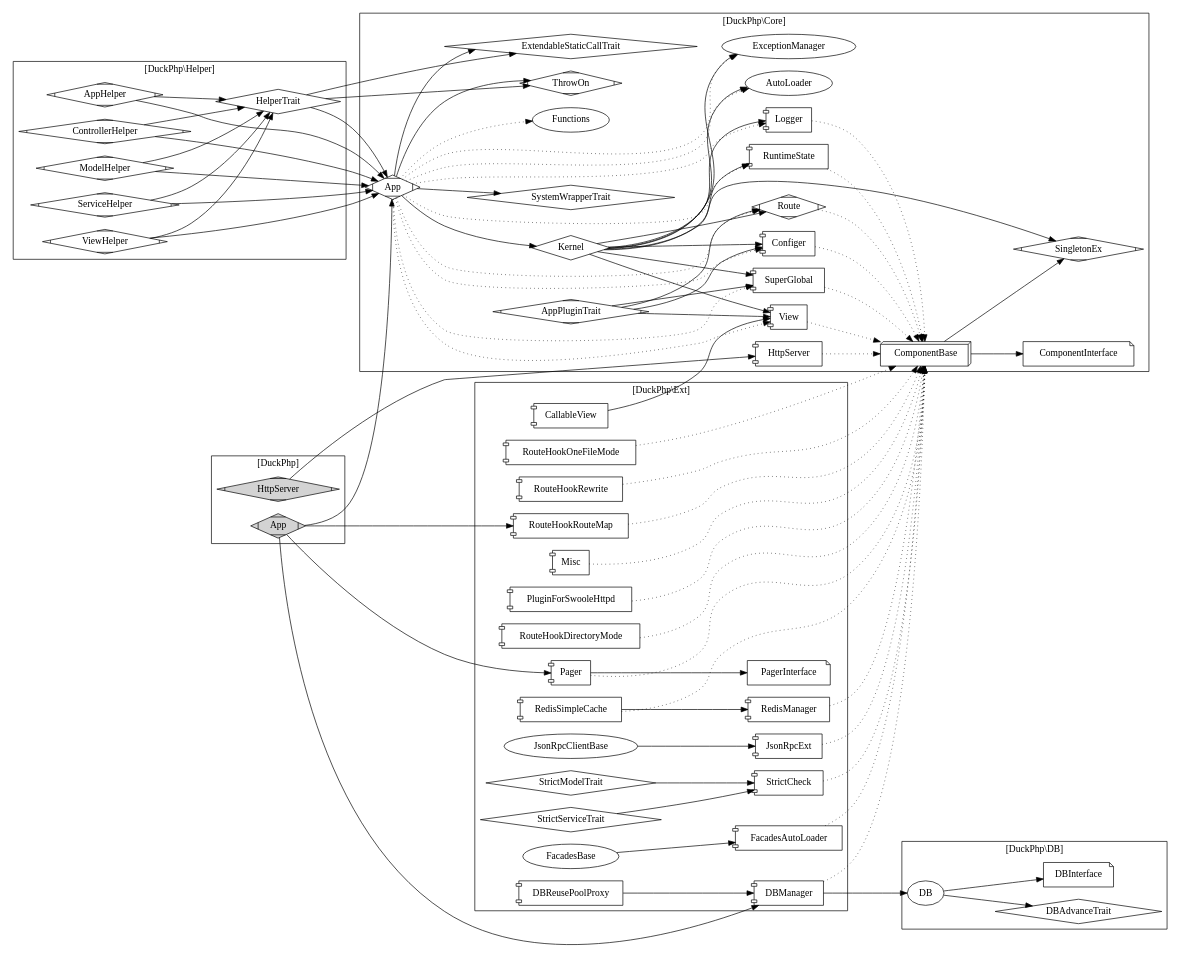
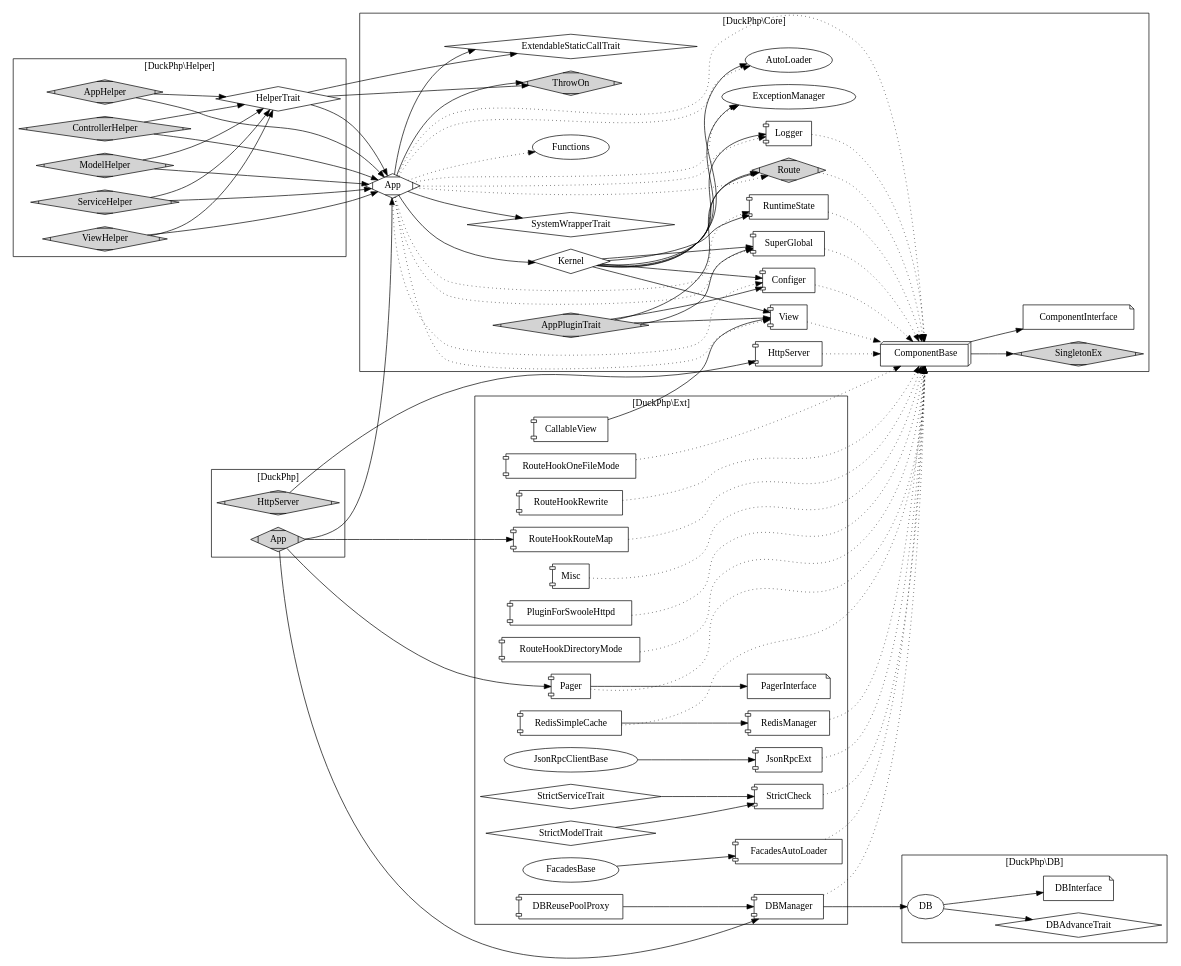
Before and after one commit to dvaknheo/duckphp: the diagram in doc/duckphp.gv, drawn with Graphviz. The commit also changed 17 other files, not shown here.

```diff
--- a/doc/duckphp.gv
+++ b/doc/duckphp.gv
@@ -1,198 +1,198 @@
 digraph G{
 /* This is a graphviz file */
 graph [rankdir = "LR"];
 
 subgraph cluster_Core {
     
     label = "[DuckPhp\\Core]";
 
-    Core_AppPluginTrait [label="AppPluginTrait";shape=Mdiamond];
+    Core_AppPluginTrait [label="AppPluginTrait";shape=Mdiamond;style=filled];
     Core_App [label="App";shape=Mdiamond]; 
     Core_Kernel [label="Kernel";shape="diamond"];
-    Core_SingletonEx [label="SingletonEx";shape=Mdiamond];
+    Core_SingletonEx [label="SingletonEx";shape=Mdiamond;style=filled];
     Core_AutoLoader [label="AutoLoader"];
     Core_ExceptionManager [label="ExceptionManager"];
     Core_View [label="View";shape="component"];
     Core_Configer [label="Configer";shape="component"];
     Core_Logger [label="Logger";shape="component"];
-    Core_Route [label="Route";shape=Mdiamond];
+    Core_Route [label="Route";shape=Mdiamond;style=filled];
     Core_RuntimeState [label="RuntimeState";shape="component"];
     Core_SystemWrapperTrait [label="SystemWrapperTrait";shape=diamond];
     
     Core_HttpServer [label="HttpServer";shape="component"];
     Core_SuperGlobal [label="SuperGlobal";shape="component"];
 
     Core_ExtendableStaticCallTrait [label="ExtendableStaticCallTrait";shape=diamond];
     
-    Core_ThrowOn [label="ThrowOn";shape=Mdiamond];
+    Core_ThrowOn [label="ThrowOn";shape=Mdiamond;style=filled];
     Core_ComponentInterface [label="ComponentInterface";shape=note];
     Core_ComponentBase [label="ComponentBase";shape=box3d];
     Core_Functions [label="Functions"];
 
 
     Core_Kernel -> Core_AutoLoader ;
     Core_Kernel -> Core_Configer;
     Core_Kernel -> Core_Logger;
     Core_Kernel -> Core_ExceptionManager;
     Core_Kernel -> Core_Route;
     Core_Kernel -> Core_RuntimeState;
     Core_Kernel -> Core_View;
     Core_Kernel -> Core_SuperGlobal;
     
     Core_App -> Core_Kernel;
     Core_App -> Core_ThrowOn;
     Core_App -> Core_ExtendableStaticCallTrait;
     Core_App -> Core_SystemWrapperTrait;
     
     Core_App -> Core_AutoLoader [style="dotted"];
     Core_App -> Core_Configer [style="dotted"];
     Core_App -> Core_Logger [style="dotted"];
     Core_App -> Core_ExceptionManager [style="dotted"];
     Core_App -> Core_Route [style="dotted"];
     Core_App -> Core_RuntimeState [style="dotted"];
     Core_App -> Core_View [style="dotted"];
     Core_App -> Core_SuperGlobal [style="dotted"];
     
     Core_App -> Core_Functions [style="dotted"];
+    Core_App -> Core_ComponentBase [style="dotted"];
 
 
     Core_AppPluginTrait -> Core_Configer;
     Core_AppPluginTrait -> Core_View;
     Core_AppPluginTrait -> Core_Route;
     Core_AppPluginTrait -> Core_SuperGlobal;
     
     
     Core_Configer -> Core_ComponentBase [style="dotted"];
     Core_Route -> Core_ComponentBase [style="dotted"];
     Core_SuperGlobal -> Core_ComponentBase [style="dotted"];
     Core_RuntimeState -> Core_ComponentBase [style="dotted"];
     Core_View -> Core_ComponentBase [style="dotted"];
     Core_Logger -> Core_ComponentBase [style="dotted"];
     Core_HttpServer -> Core_ComponentBase [style="dotted"];
 
     
     Core_ComponentBase -> Core_ComponentInterface;
     Core_ComponentBase -> Core_SingletonEx;
     
-    Core_Kernel -> Core_SingletonEx;
     
 }
 
 
 
 
 subgraph cluster_Helper {
     
     label = "[DuckPhp\\Helper]";
     
-    AppHelper [label="AppHelper";shape=Mdiamond];
-    ControllerHelper [label="ControllerHelper";shape=Mdiamond];
-    ModelHelper [label="ModelHelper";shape=Mdiamond];
-    ServiceHelper [label="ServiceHelper";shape=Mdiamond];
-    ViewHelper [label="ViewHelper";shape=Mdiamond];
+    AppHelper [label="AppHelper";shape=Mdiamond;style=filled];
+    ControllerHelper [label="ControllerHelper";shape=Mdiamond;style=filled];
+    ModelHelper [label="ModelHelper";shape=Mdiamond;style=filled];
+    ServiceHelper [label="ServiceHelper";shape=Mdiamond;style=filled];
+    ViewHelper [label="ViewHelper";shape=Mdiamond;style=filled];
     HelperTrait [label="HelperTrait";shape=diamond];
     
     AppHelper -> Core_App; 
     ControllerHelper -> Core_App; 
     ModelHelper -> Core_App; 
     ServiceHelper -> Core_App; 
     ViewHelper -> Core_App; 
     HelperTrait -> Core_App;
     HelperTrait -> Core_ExtendableStaticCallTrait ;
     HelperTrait -> Core_ThrowOn;
     
     AppHelper -> HelperTrait; 
     ControllerHelper -> HelperTrait; 
     ModelHelper -> HelperTrait; 
     ServiceHelper -> HelperTrait; 
     ViewHelper -> HelperTrait; 
 
 }
 
 
 
 
 subgraph cluster_DB {
     
     label = "[DuckPhp\\DB]";
 
     DB_DB [label="DB"];
     DB_DBAdvanceTrait [label="DBAdvanceTrait";shape=diamond];
     DB_DBInterface [label="DBInterface";shape=note];
     
     DB_DB -> DB_DBAdvanceTrait;
     DB_DB -> DB_DBInterface;
 }
 
 
 
 subgraph cluster_Ext {
     
     label = "[DuckPhp\\Ext]";
 
     CallableView[shape="component"];
     DBManager[shape="component"];
     DBReusePoolProxy[shape="component"];
     FacadesAutoLoader[shape="component"];
     FacadesBase ;
     JsonRpcClientBase ;
     JsonRpcExt[shape="component"];
     Misc[shape="component"];
     Pager[shape="component"];
     PagerInterface [shape=note];
     PluginForSwooleHttpd[shape="component"];
     RedisManager[shape="component"];
     RedisSimpleCache[shape="component"];
     RouteHookDirectoryMode[shape="component"];
     RouteHookOneFileMode[shape="component"];
     RouteHookRewrite[shape="component"];
     RouteHookRouteMap[shape="component"];
     StrictCheck[shape="component"];
     StrictModelTrait [shape=diamond];
     StrictServiceTrait [shape=diamond];
 
 
     DBManager -> DB_DB;
     CallableView ->Core_View; 
     DBReusePoolProxy ->DBManager; 
     JsonRpcClientBase ->JsonRpcExt;
     FacadesBase -> FacadesAutoLoader;
     Pager -> PagerInterface; 
     RedisSimpleCache -> RedisManager;
     StrictModelTrait -> StrictCheck; 
     StrictServiceTrait -> StrictCheck; 
     
     FacadesAutoLoader -> Core_ComponentBase [style="dotted"];
     JsonRpcExt -> Core_ComponentBase [style="dotted"];
     Pager -> Core_ComponentBase [style="dotted"];
     Misc -> Core_ComponentBase [style="dotted"];
     RedisSimpleCache -> Core_ComponentBase [style="dotted"];
     RedisManager -> Core_ComponentBase [style="dotted"];
     PluginForSwooleHttpd -> Core_ComponentBase [style="dotted"];
     StrictCheck -> Core_ComponentBase [style="dotted"];
     RouteHookDirectoryMode -> Core_ComponentBase [style="dotted"];
     RouteHookOneFileMode -> Core_ComponentBase [style="dotted"];
     RouteHookRewrite -> Core_ComponentBase [style="dotted"];
     RouteHookRouteMap -> Core_ComponentBase [style="dotted"];
     DBManager -> Core_ComponentBase [style="dotted"];
 }
 
 
 subgraph cluster_DuckPhp {
     
     label = "[DuckPhp]";
     node [style=filled];
 
     HttpServer -> Core_HttpServer;
     App -> Core_App;
 
     App -> RouteHookRouteMap;
     App -> Pager;
     App -> DBManager;
 
     App [shape=Mdiamond];
-    HttpServer [shape=Mdiamond];
+    HttpServer [shape=Mdiamond;style=filled];
 
 }
 
 }
```
